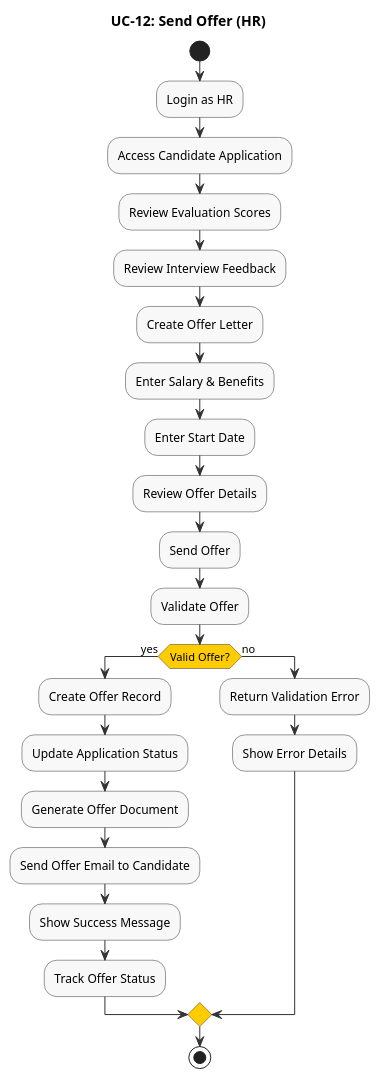
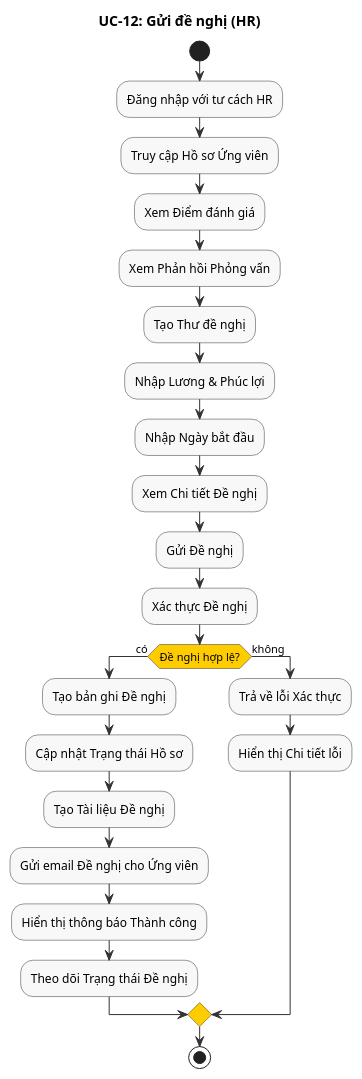
The diagram in modules/recr/diagrams/activity/uc12-send-offer-activity.puml (namnh240795/document), drawn with PlantUML before and after one commit. The commit also changed 171 other files, not shown here.

```diff
--- a/modules/recr/diagrams/activity/uc12-send-offer-activity.puml
+++ b/modules/recr/diagrams/activity/uc12-send-offer-activity.puml
@@ -1,54 +1,54 @@
 @startuml
-' UC-12: Send Offer - Activity Diagram
+' UC-12: Gửi đề nghị - Sơ đồ Hoạt động
 skinparam activity {
   BackgroundColor #F8F8F8
   BorderColor #333333
   ArrowColor #333333
   DiamondBackgroundColor #FFCC00
   DiamondBorderColor #333333
 }
 
-title UC-12: Send Offer (HR)
+title UC-12: Gửi đề nghị (HR)
 
 start
-:Login as HR;
+:Đăng nhập với tư cách HR;
 
-:Access Candidate Application;
+:Truy cập Hồ sơ Ứng viên;
 
-:Review Evaluation Scores;
+:Xem Điểm đánh giá;
 
-:Review Interview Feedback;
+:Xem Phản hồi Phỏng vấn;
 
-:Create Offer Letter;
+:Tạo Thư đề nghị;
 
-:Enter Salary & Benefits;
+:Nhập Lương & Phúc lợi;
 
-:Enter Start Date;
+:Nhập Ngày bắt đầu;
 
-:Review Offer Details;
+:Xem Chi tiết Đề nghị;
 
-:Send Offer;
+:Gửi Đề nghị;
 
-:Validate Offer;
+:Xác thực Đề nghị;
 
-if (Valid Offer?) then (yes)
-  :Create Offer Record;
+if (Đề nghị hợp lệ?) then (có)
+  :Tạo bản ghi Đề nghị;
 
-  :Update Application Status;
+  :Cập nhật Trạng thái Hồ sơ;
 
-  :Generate Offer Document;
+  :Tạo Tài liệu Đề nghị;
 
-  :Send Offer Email to Candidate;
+  :Gửi email Đề nghị cho Ứng viên;
 
-  :Show Success Message;
+  :Hiển thị thông báo Thành công;
 
-  :Track Offer Status;
+  :Theo dõi Trạng thái Đề nghị;
 
-else (no)
-  :Return Validation Error;
+else (không)
+  :Trả về lỗi Xác thực;
 
-  :Show Error Details;
+  :Hiển thị Chi tiết lỗi;
 endif
 
 stop
 @enduml
```
